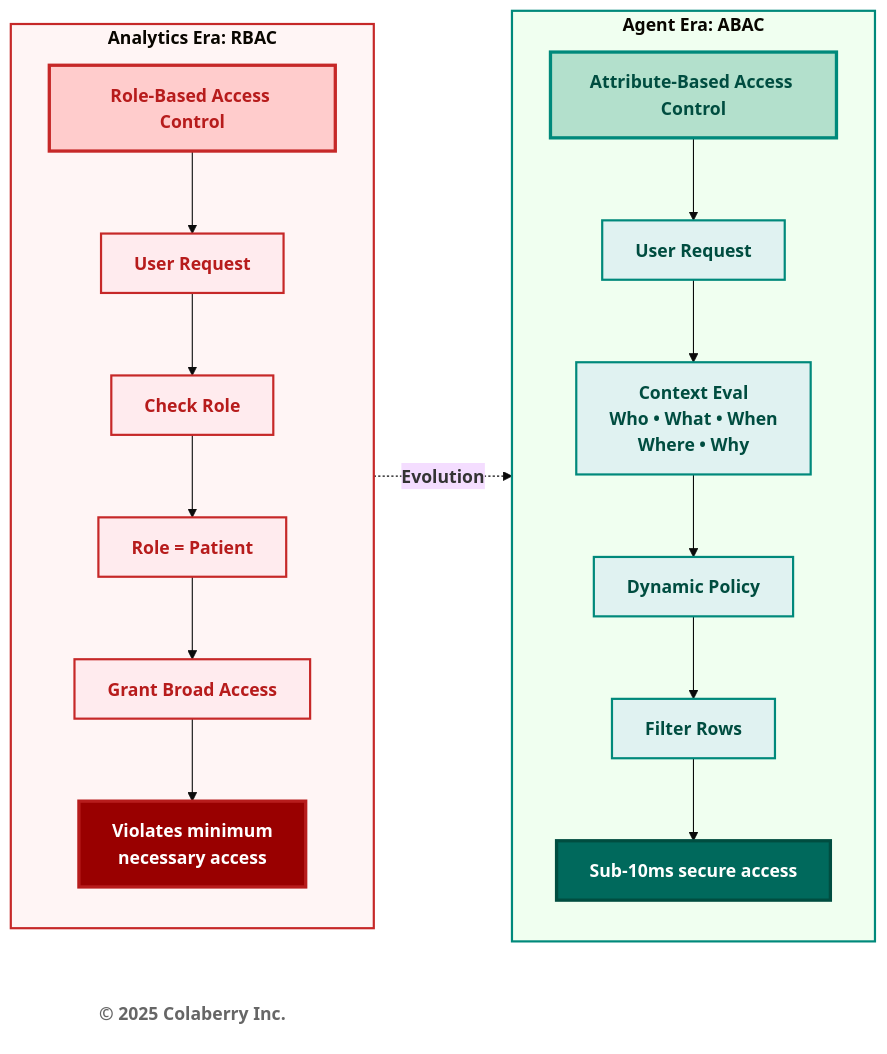
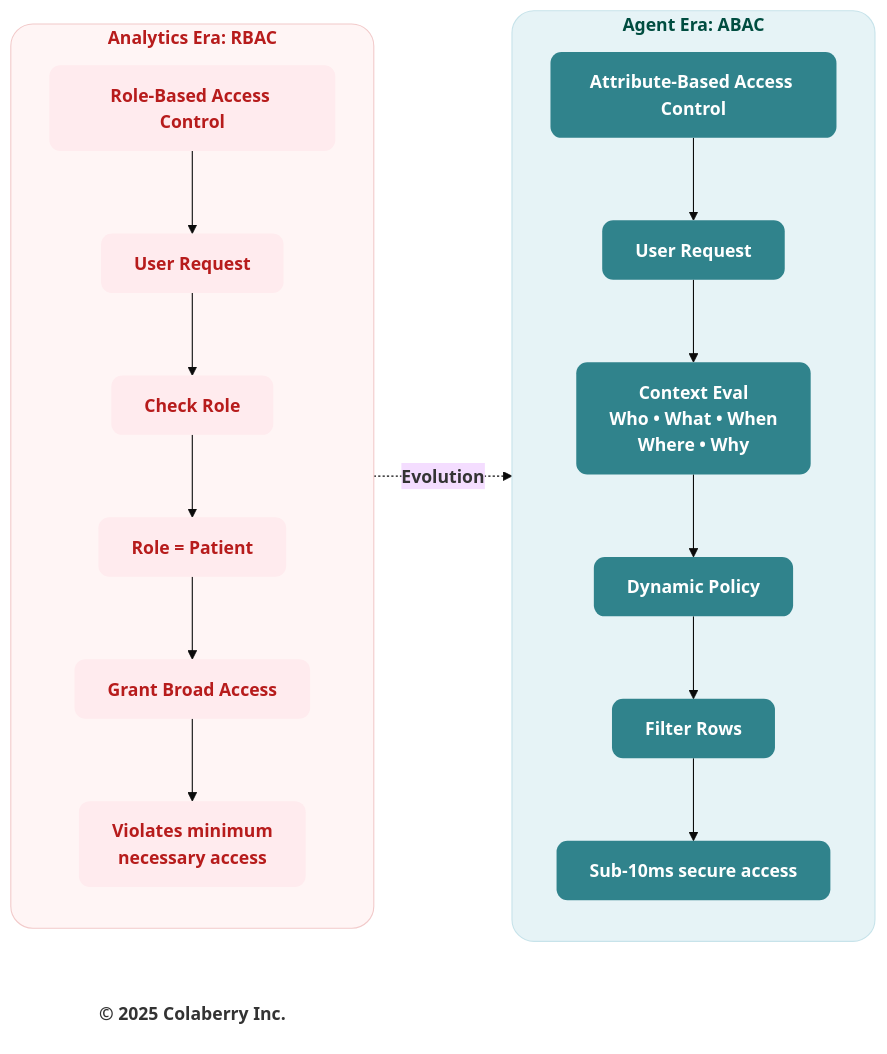
One commit to saitejesh-cyber/trust-before-intelligence-book changed the fifth of 14 diagrams in manuscript/08_chapter_7_goals_framework.md. Above: the diagram before and after it, drawn with Mermaid (base theme). The commit also changed other lines of this file and 7 other files, not shown here.

Commit message:
Chapter 6to13: Updated mermaid diagrams based on new colaberry color code

````diff
--- a/manuscript/08_chapter_7_goals_framework.md
+++ b/manuscript/08_chapter_7_goals_framework.md
@@ -456,54 +456,54 @@
 ```mermaid
 graph LR
     subgraph OLD["<b>Analytics Era: RBAC</b>"]
         TITLE1["<b>Role-Based Access Control</b>"]
         R1["<b>User Request</b>"]
         R2["<b>Check Role</b>"]
         R3["<b>Role = Patient</b>"]
         R4["<b>Grant Broad Access</b>"]
         R5["<b>Violates minimum <br/>necessary access</b>"]
         
         TITLE1 --> R1
         R1 --> R2
         R2 --> R3
         R3 --> R4
         R4 --> R5
     end
     
     OLD -.->|<b>Evolution</b>| NEW
     
     subgraph NEW["<b>Agent Era: ABAC</b>"]
         TITLE2["<b>Attribute-Based Access Control</b>"]
         A1["<b>User Request</b>"]
         A2["<b>Context Eval</b><br/><b>Who • What • When <br/> Where • Why</b>"]
         A3["<b>Dynamic Policy</b>"]
         A4["<b>Filter Rows</b>"]
         A5["<b>Sub-10ms secure access</b>"]
         
         TITLE2 --> A1
         A1 --> A2
         A2 --> A3
         A3 --> A4
         A4 --> A5
     end
     
-    style TITLE1 fill:#ffcccc,stroke:#c62828,stroke-width:3px,color:#b71c1c
-    style R1 fill:#ffebee,stroke:#c62828,stroke-width:2px,color:#b71c1c
-    style R2 fill:#ffebee,stroke:#c62828,stroke-width:2px,color:#b71c1c
-    style R3 fill:#ffebee,stroke:#c62828,stroke-width:2px,color:#b71c1c
-    style R4 fill:#ffebee,stroke:#c62828,stroke-width:2px,color:#b71c1c
-    style R5 fill:#990000,color:#ffffff,stroke:#b71c1c,stroke-width:3px
+    style TITLE1 fill:#ffebee,stroke:none,color:#b71c1c,rx:10,ry:10
+    style R1 fill:#ffebee,stroke:none,color:#b71c1c,rx:10,ry:10
+    style R2 fill:#ffebee,stroke:none,color:#b71c1c,rx:10,ry:10
+    style R3 fill:#ffebee,stroke:none,color:#b71c1c,rx:10,ry:10
+    style R4 fill:#ffebee,stroke:none,color:#b71c1c,rx:10,ry:10
+    style R5 fill:#ffebee,stroke:none,color:#b71c1c,rx:10,ry:10
     
-    style TITLE2 fill:#b3e0cc,stroke:#00897b,stroke-width:3px,color:#004d40
-    style A1 fill:#e0f2f1,stroke:#00897b,stroke-width:2px,color:#004d40
-    style A2 fill:#e0f2f1,stroke:#00897b,stroke-width:2px,color:#004d40
-    style A3 fill:#e0f2f1,stroke:#00897b,stroke-width:2px,color:#004d40
-    style A4 fill:#e0f2f1,stroke:#00897b,stroke-width:2px,color:#004d40
-    style A5 fill:#00695c,color:#ffffff,stroke:#004d40,stroke-width:3px
+    style TITLE2 fill:#30838C,stroke:none,color:#ffffff,rx:10,ry:10
+    style A1 fill:#30838C,stroke:none,color:#ffffff,rx:10,ry:10
+    style A2 fill:#30838C,stroke:none,color:#ffffff,rx:10,ry:10
+    style A3 fill:#30838C,stroke:none,color:#ffffff,rx:10,ry:10
+    style A4 fill:#30838C,stroke:none,color:#ffffff,rx:10,ry:10
+    style A5 fill:#30838C,stroke:none,color:#ffffff,rx:10,ry:10
     
-    style OLD fill:#fff5f5,stroke:#c62828,stroke-width:2px
-    style NEW fill:#f0fff0,stroke:#00897b,stroke-width:2px
+    style OLD fill:#fff5f5,stroke:#f2caca,stroke-width:1px,color:#b71c1c,rx:20,ry:20
+    style NEW fill:#e6f3f6,stroke:#c7e3ea,stroke-width:1px,color:#004d40,rx:20,ry:20
     
     Copyright["<b>© 2025 Colaberry Inc.</b>"]
-    style Copyright fill:#ffffff,stroke:none,color:#666666
+    style Copyright fill:none,stroke:none,color:#333333
 ```
````
